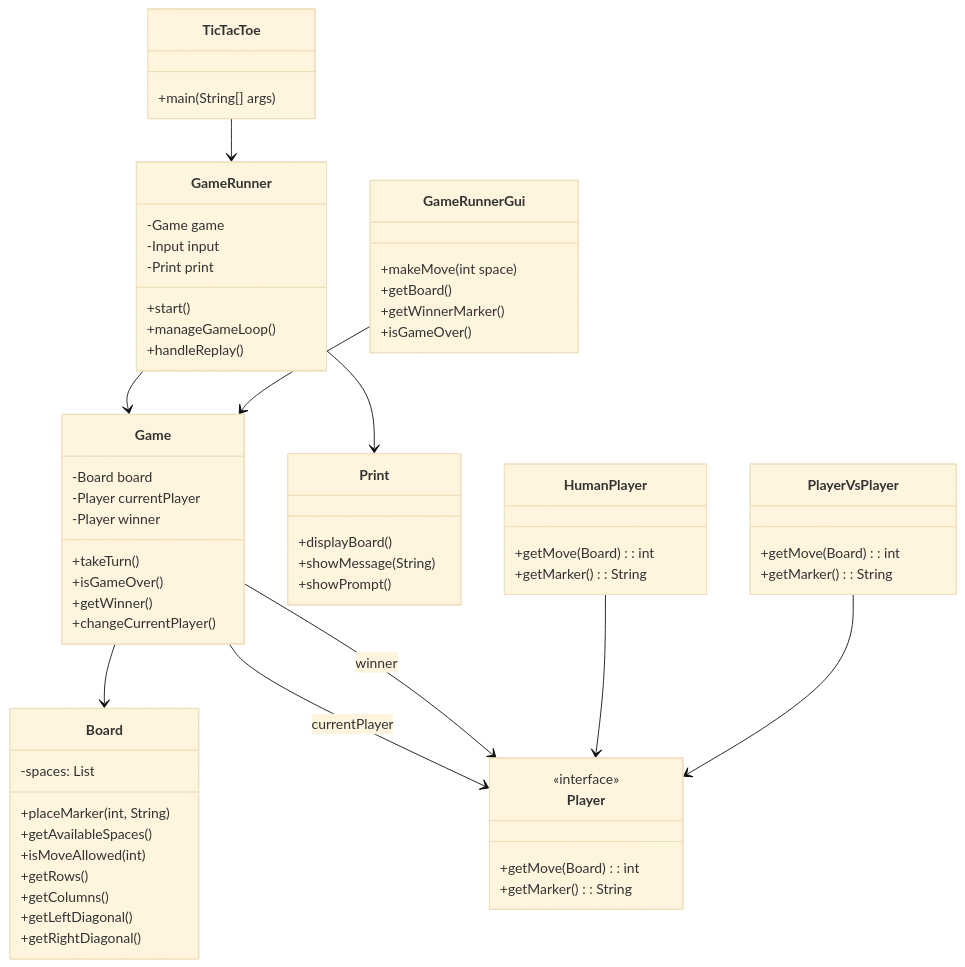
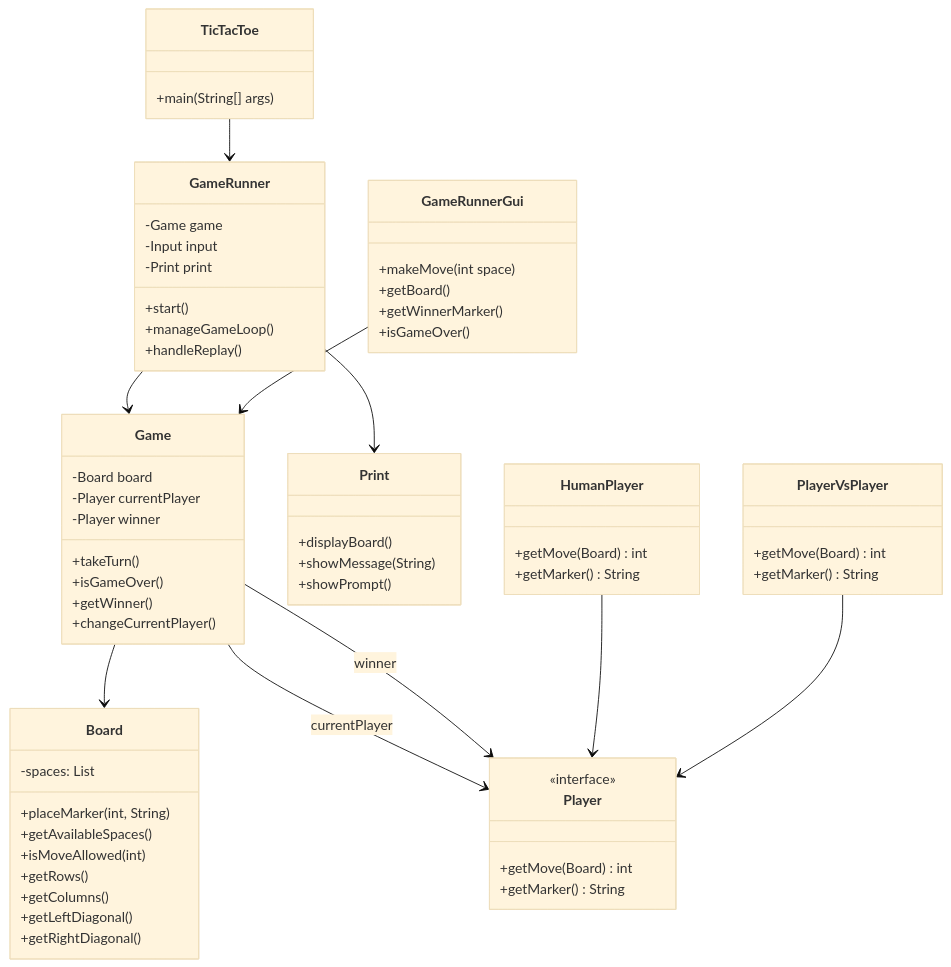
The diagram in src design documentation/game_logic/tictactoe_design_doc.md (kelsierfin/BasicGamingPlatform), drawn with Mermaid (base theme) before and after one commit.

````diff
--- a/src design documentation/game_logic/tictactoe_design_doc.md
+++ b/src design documentation/game_logic/tictactoe_design_doc.md
@@ -67,18 +67,18 @@
 %% Player Abstractions
 class Player {
     <<interface>>
-    +getMove(Board): int
-    +getMarker(): String
+    +getMove(Board) int
+    +getMarker() String
 }
 
 class HumanPlayer {
-    +getMove(Board): int
-    +getMarker(): String
+    +getMove(Board) int
+    +getMarker() String
 }
 
 class PlayerVsPlayer {
-    +getMove(Board): int
-    +getMarker(): String
+    +getMove(Board) int
+    +getMarker() String
 }
 
 
@@ -92,4 +92,5 @@
 Game --> Player : winner
 HumanPlayer --> Player
 PlayerVsPlayer --> Player
+
 ```
````
